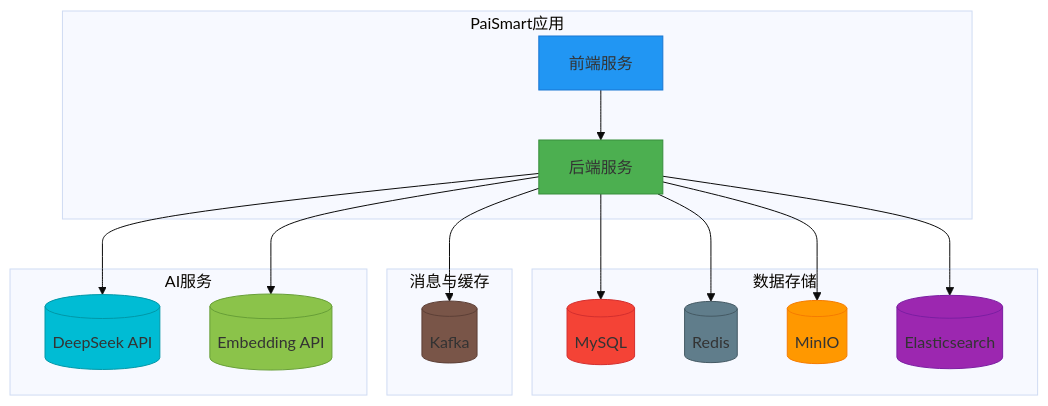
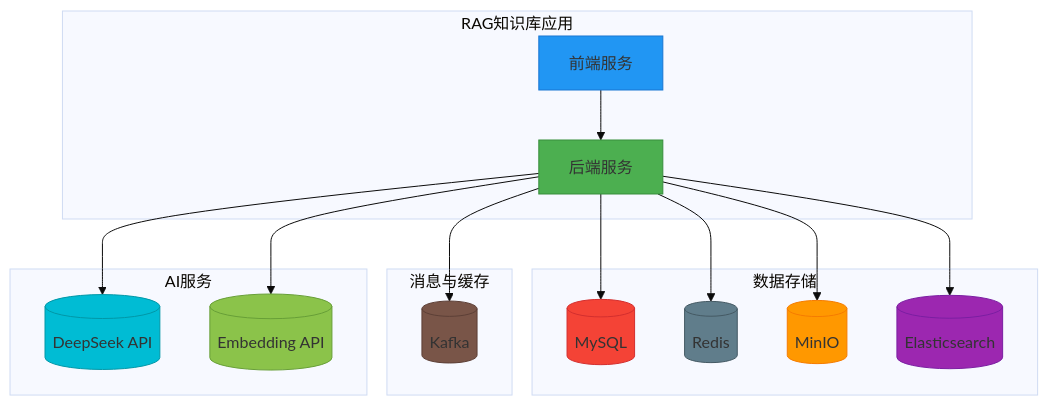
One commit to yztdev/RAG changed the second of 2 diagrams in .qoder/repowiki/zh/content/部署指南/容器化部署/Docker Compose 编排/核心服务编排.md. Above: the diagram before and after it, drawn with Mermaid (base theme). The commit also changed other lines of this file and 165 other files, not shown here.

````diff
--- a/.qoder/repowiki/zh/content/部署指南/容器化部署/Docker Compose 编排/核心服务编排.md
+++ b/.qoder/repowiki/zh/content/部署指南/容器化部署/Docker Compose 编排/核心服务编排.md
@@ -415,37 +415,37 @@
 ```mermaid
 graph TB
-subgraph "PaiSmart应用"
+subgraph "RAG知识库应用"
 backend[后端服务]
 frontend[前端服务]
 end
 subgraph "数据存储"
 mysql[(MySQL)]
 redis[(Redis)]
 minio[(MinIO)]
 elasticsearch[(Elasticsearch)]
 end
 subgraph "消息与缓存"
 kafka[(Kafka)]
 end
 subgraph "AI服务"
 deepseek[(DeepSeek API)]
 embedding[(Embedding API)]
 end
 backend --> mysql
 backend --> redis
 backend --> minio
 backend --> elasticsearch
 backend --> kafka
 backend --> deepseek
 backend --> embedding
 frontend --> backend
 style backend fill:#4CAF50,stroke:#388E3C
 style frontend fill:#2196F3,stroke:#1976D2
 style mysql fill:#F44336,stroke:#D32F2F
 style redis fill:#607D8B,stroke:#455A64
 style minio fill:#FF9800,stroke:#F57C00
 style elasticsearch fill:#9C27B0,stroke:#7B1FA2
 style kafka fill:#795548,stroke:#5D4037
 style deepseek fill:#00BCD4,stroke:#0097A7
 style embedding fill:#8BC34A,stroke:#689F38
 ```
````
